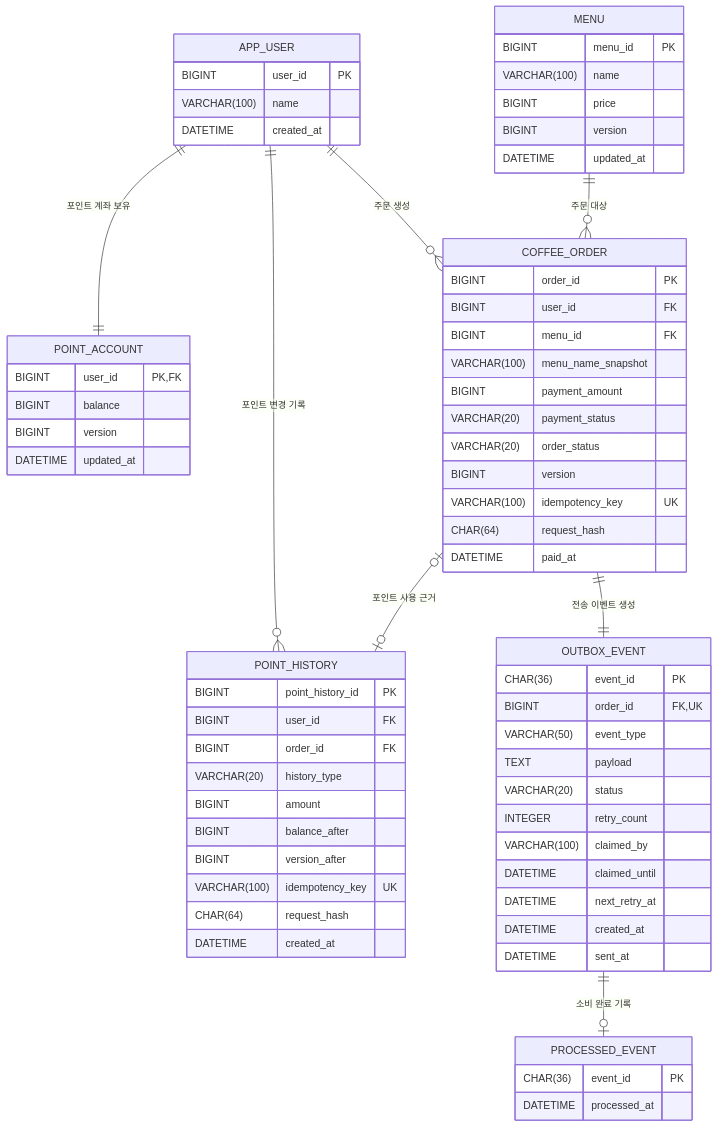
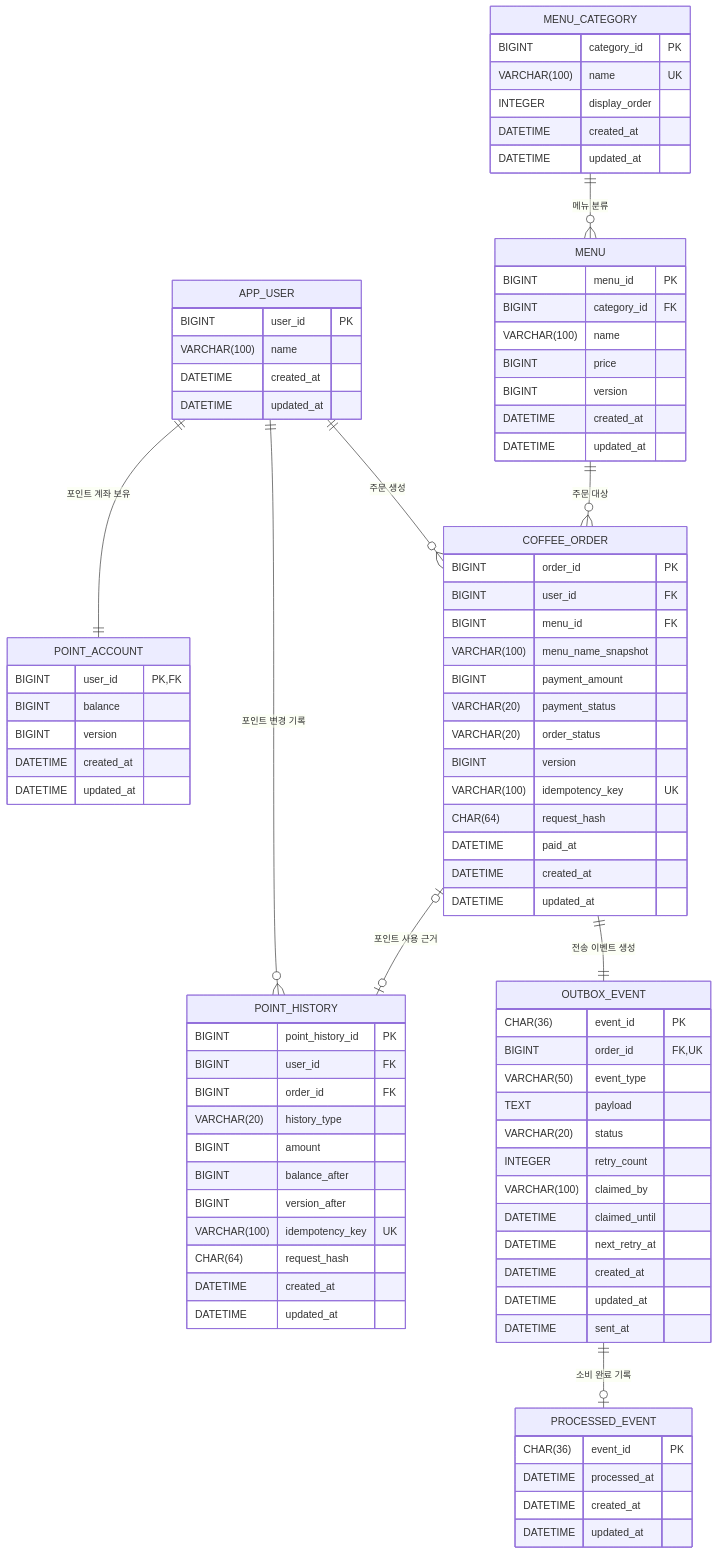
One commit to hwang67120-bit/K------- changed the diagram in README.md. Above: the diagram before and after it, drawn with Mermaid. The commit also changed other lines of this file and 28 other files, not shown here.

````diff
--- a/README.md
+++ b/README.md
@@ -318,6 +335,7 @@
     APP_USER ||--|| POINT_ACCOUNT : "포인트 계좌 보유"
     APP_USER ||--o{ POINT_HISTORY : "포인트 변경 기록"
     APP_USER ||--o{ COFFEE_ORDER : "주문 생성"
+    MENU_CATEGORY ||--o{ MENU : "메뉴 분류"
     MENU ||--o{ COFFEE_ORDER : "주문 대상"
     COFFEE_ORDER o|--o| POINT_HISTORY : "포인트 사용 근거"
     COFFEE_ORDER ||--|| OUTBOX_EVENT : "전송 이벤트 생성"
@@ -327,12 +345,14 @@
         BIGINT user_id PK
         VARCHAR(100) name
         DATETIME created_at
+        DATETIME updated_at
     }
 
     POINT_ACCOUNT {
         BIGINT user_id PK, FK
         BIGINT balance
         BIGINT version
+        DATETIME created_at
         DATETIME updated_at
     }
 
@@ -347,13 +367,24 @@
         VARCHAR(100) idempotency_key UK
         CHAR(64) request_hash
         DATETIME created_at
+        DATETIME updated_at
+    }
+
+    MENU_CATEGORY {
+        BIGINT category_id PK
+        VARCHAR(100) name UK
+        INTEGER display_order
+        DATETIME created_at
+        DATETIME updated_at
     }
 
     MENU {
         BIGINT menu_id PK
+        BIGINT category_id FK
         VARCHAR(100) name
         BIGINT price
         BIGINT version
+        DATETIME created_at
         DATETIME updated_at
     }
 
@@ -369,6 +400,8 @@
         VARCHAR(100) idempotency_key UK
         CHAR(64) request_hash
         DATETIME paid_at
+        DATETIME created_at
+        DATETIME updated_at
     }
 
     OUTBOX_EVENT {
@@ -382,11 +415,14 @@
         DATETIME claimed_until
         DATETIME next_retry_at
         DATETIME created_at
+        DATETIME updated_at
         DATETIME sent_at
     }
 
     PROCESSED_EVENT {
         CHAR(36) event_id PK
         DATETIME processed_at
+        DATETIME created_at
+        DATETIME updated_at
     }
 ```
````
